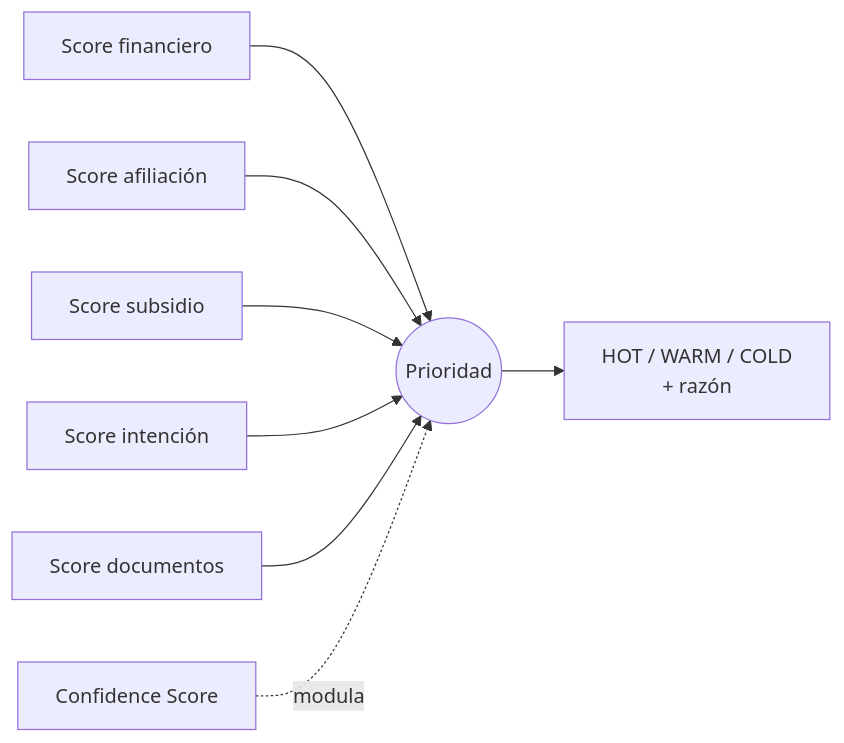
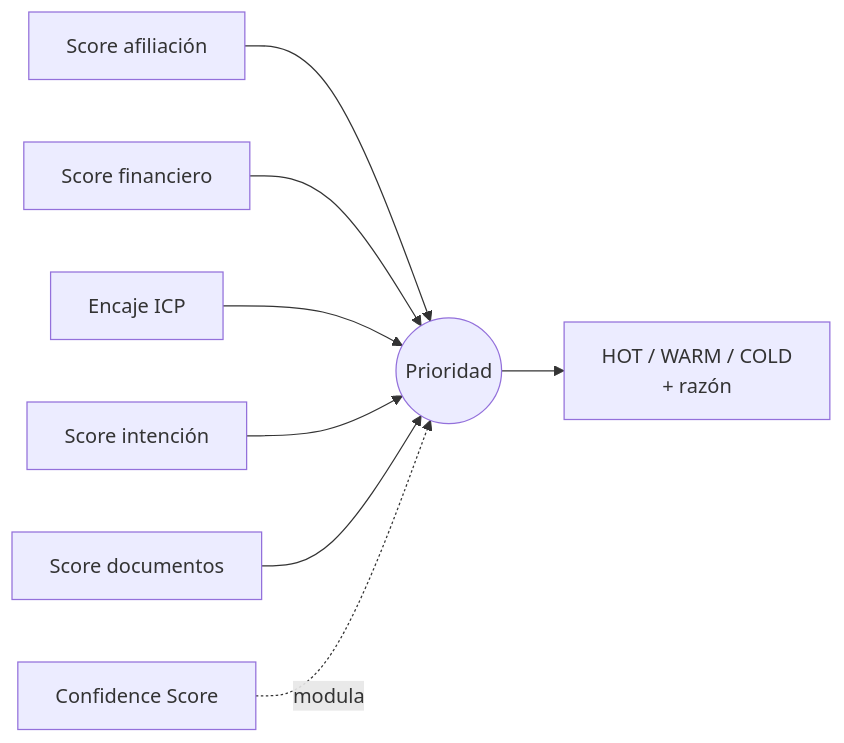
Before and after one commit to FilipaoVfx/Hackaton30x: the diagram in docs/scoring-engine.md, drawn with Mermaid. The commit also changed other lines of this file and 25 other files, not shown here.

````diff
--- a/docs/scoring-engine.md
+++ b/docs/scoring-engine.md
@@ -14,10 +28,10 @@
 ```mermaid
 flowchart LR
-    F[Score financiero] --> P((Prioridad))
-    A[Score afiliación] --> P
-    S[Score subsidio] --> P
+    A[Score afiliación] --> P((Prioridad))
+    F[Score financiero] --> P
+    E[Encaje ICP] --> P
     I[Score intención] --> P
     D[Score documentos] --> P
     C[Confidence Score] -.modula.-> P
     P --> R[HOT / WARM / COLD<br/>+ razón]
 ```
````
